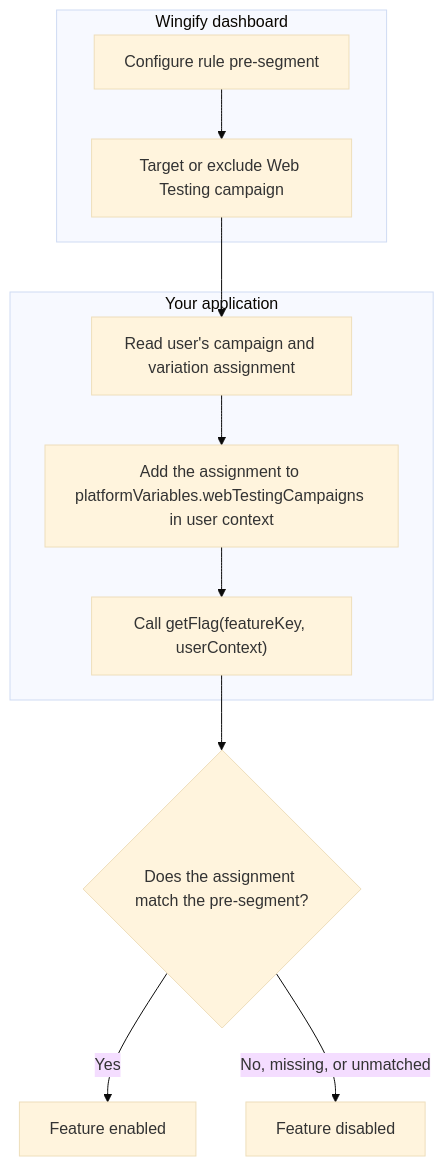
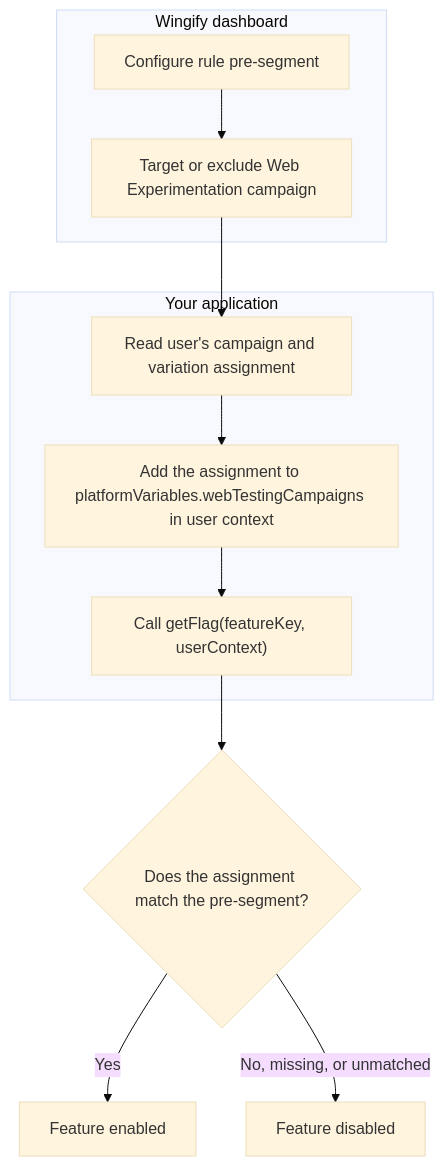
The diagram in docs/Concepts/fme-web-testing-pre-segmentation.md (wingify/readme-central), drawn with Mermaid (base theme) before and after one commit. The commit also changed other lines of this file and 192 other files, not shown here.

Commit message:
Update FE to FM, Feature Experimentation to Feature Management, and Web Testing to Web Experimentation

````diff
--- a/docs/Concepts/fme-web-testing-pre-segmentation.md
+++ b/docs/Concepts/fme-web-testing-pre-segmentation.md
@@ -47,20 +47,20 @@
 ```mermaid
 flowchart TD
   subgraph Dashboard["Wingify dashboard"]
     A["Configure rule pre-segment"]
-    B["Target or exclude Web Testing campaign"]
+    B["Target or exclude Web Experimentation campaign"]
     A --> B
   end
 
   subgraph Application["Your application"]
     C["Read user's campaign and variation assignment"]
     D["Add the assignment to platformVariables.webTestingCampaigns in user context"]
     E["Call getFlag(featureKey, userContext)"]
     C --> D --> E
   end
 
   B --> C
   E --> F{"Does the assignment match the pre-segment?"}
   F -- "Yes" --> G["Feature enabled"]
   F -- "No, missing, or unmatched" --> H["Feature disabled"]
 ```
````
